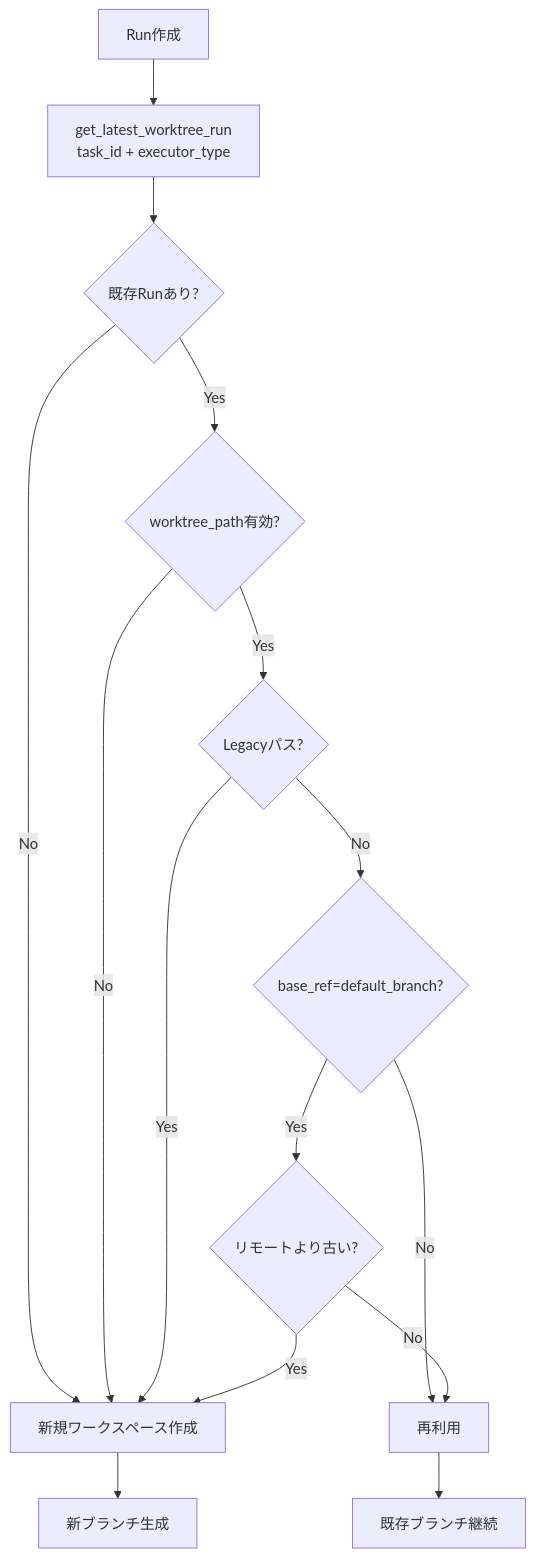
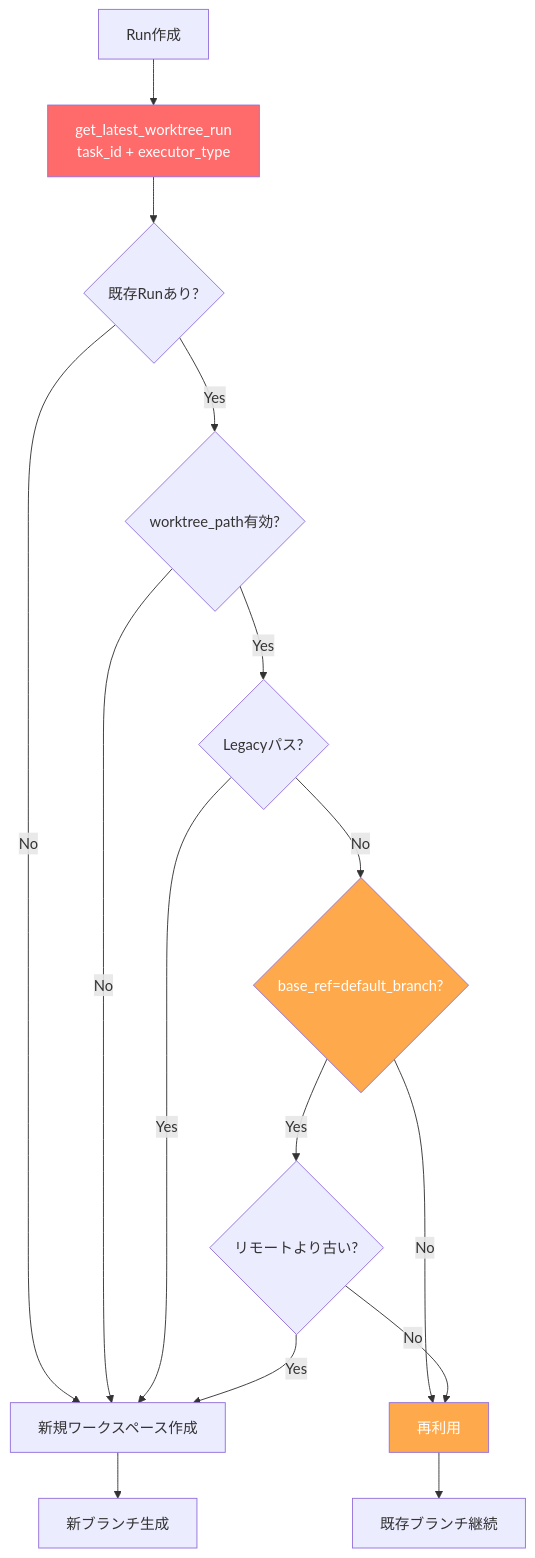
One commit to hampen2929/zloth changed the second of 10 diagrams in docs/workspace_branch.md. Above: the diagram before and after it, drawn with Mermaid. The commit also changed other lines of this file, not shown here.

````diff
--- a/docs/workspace_branch.md
+++ b/docs/workspace_branch.md
@@ -44,17 +108,21 @@
 ```mermaid
 flowchart TD
     A[Run作成] --> B[get_latest_worktree_run<br/>task_id + executor_type]
     B --> C{既存Runあり?}
     C -->|No| D[新規ワークスペース作成]
     C -->|Yes| E{worktree_path有効?}
     E -->|No| D
     E -->|Yes| F{Legacyパス?}
     F -->|Yes| D
     F -->|No| G{base_ref=default_branch?}
     G -->|No| H[再利用]
     G -->|Yes| I{リモートより古い?}
     I -->|No| H
     I -->|Yes| D
     D --> J[新ブランチ生成]
     H --> K[既存ブランチ継続]
+
+    style B fill:#ff6b6b,color:#fff
+    style G fill:#ffa94d,color:#fff
+    style H fill:#ffa94d,color:#fff
 ```
````
